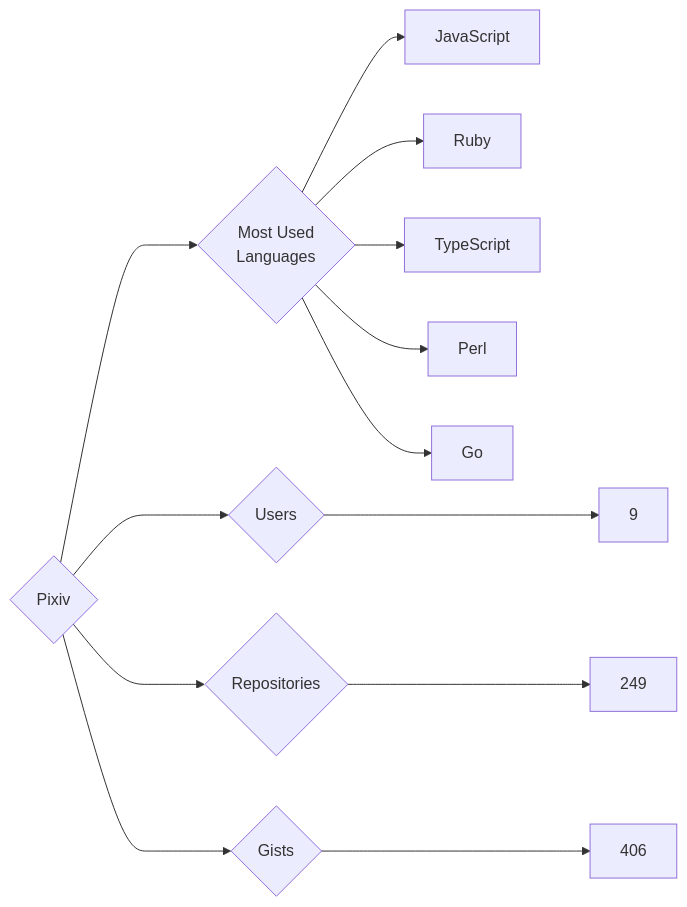
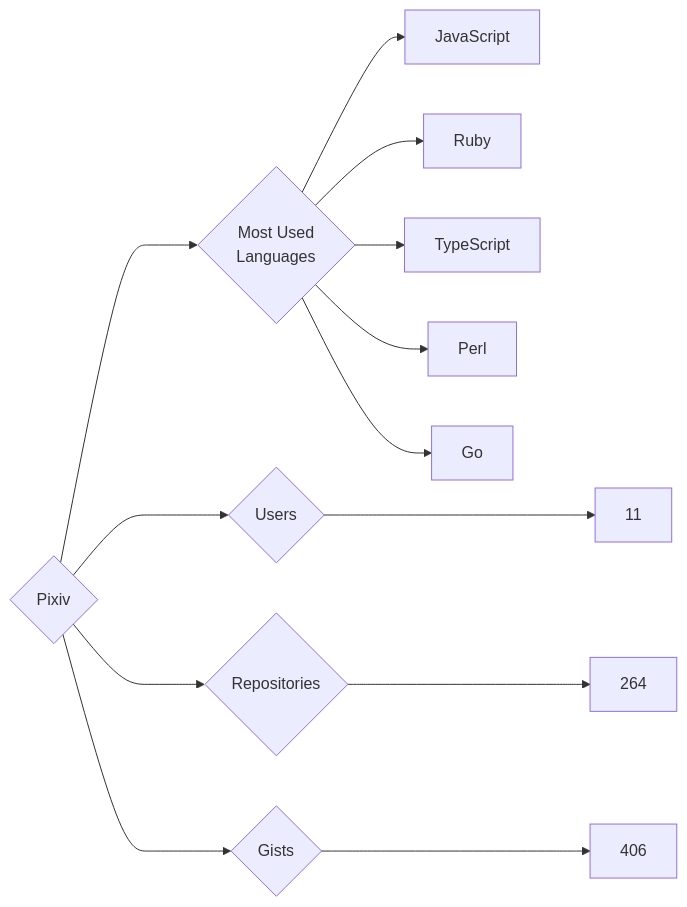
The diagram in targets/Pixiv/README.md (trickest/insiders), drawn with Mermaid before and after one commit. The commit also changed 681 other files, not shown here.

````diff
--- a/targets/Pixiv/README.md
+++ b/targets/Pixiv/README.md
@@ -3,13 +3,13 @@
 ```mermaid
 graph LR
 COMPANY_NAME{Pixiv}
-COMPANY_NAME ---> U{Users} ---> UN[9]
-COMPANY_NAME ---> R{Repositories} ---> RN[249]
+COMPANY_NAME ---> U{Users} ---> UN[11]
+COMPANY_NAME ---> R{Repositories} ---> RN[264]
 COMPANY_NAME ---> G{Gists} ---> GN[406]
 COMPANY_NAME ---> ML{Most Used<br>Languages}
 ML --> JavaScript[JavaScript]
 ML --> Ruby[Ruby]
 ML --> TypeScript[TypeScript]
 ML --> Perl[Perl]
 ML --> Go[Go]
 ```
````
